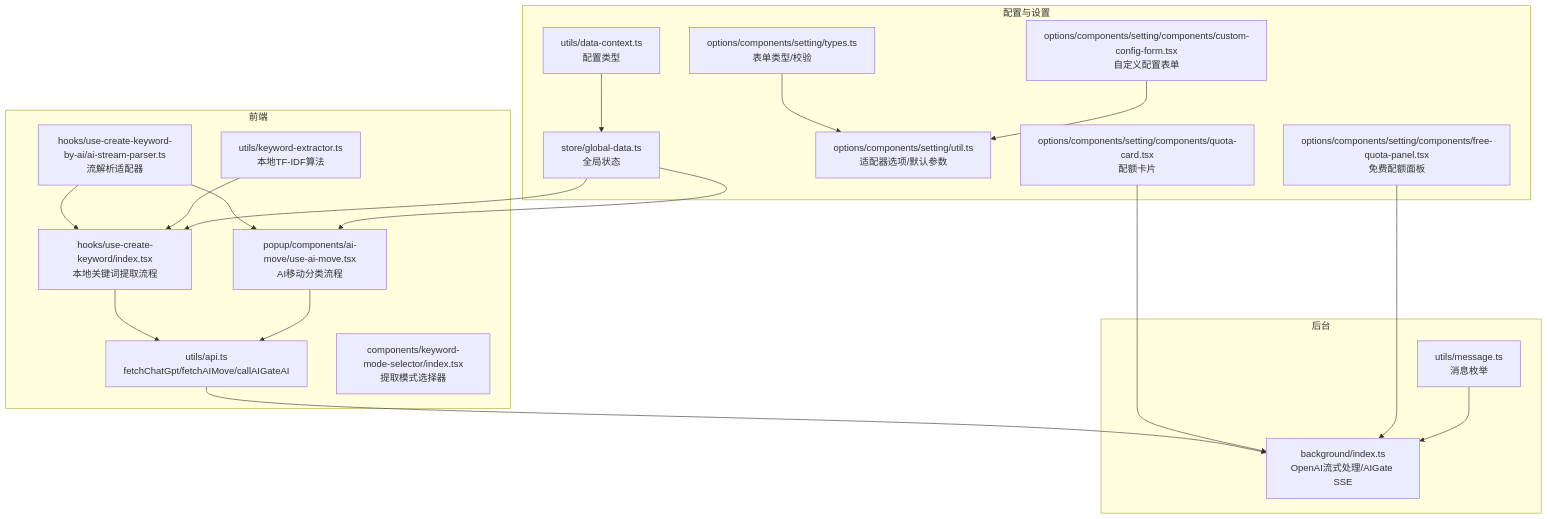
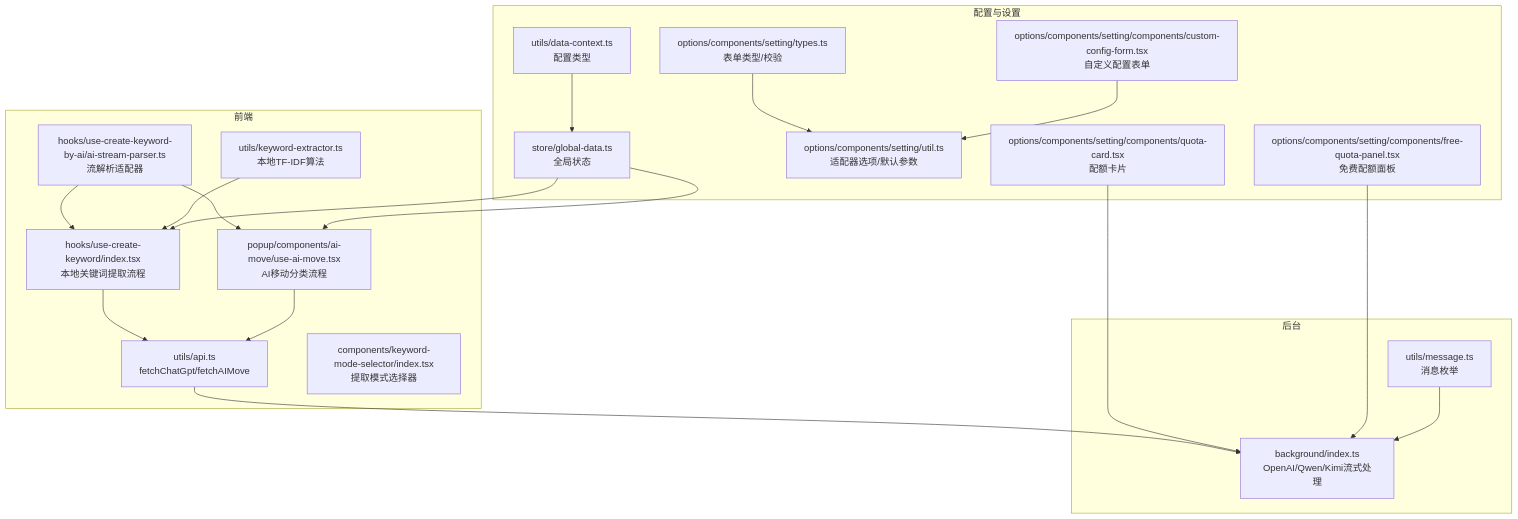
One commit to RadiumAg/bilibili-favorites changed the first of 6 diagrams in .qoder/repowiki/zh/content/API参考文档/AI服务API.md. Above: the diagram before and after it, drawn with Mermaid. The commit also changed other lines of this file and 3 other files, not shown here.

````diff
--- a/.qoder/repowiki/zh/content/API参考文档/AI服务API.md
+++ b/.qoder/repowiki/zh/content/API参考文档/AI服务API.md
@@ -63,38 +62,38 @@
 ```mermaid
 graph TB
 subgraph "前端"
 A["hooks/use-create-keyword/index.tsx<br/>本地关键词提取流程"]
 B["popup/components/ai-move/use-ai-move.tsx<br/>AI移动分类流程"]
-C["utils/api.ts<br/>fetchChatGpt/fetchAIMove/callAIGateAI"]
+C["utils/api.ts<br/>fetchChatGpt/fetchAIMove"]
 D["hooks/use-create-keyword-by-ai/ai-stream-parser.ts<br/>流解析适配器"]
 E["utils/keyword-extractor.ts<br/>本地TF-IDF算法"]
 F["components/keyword-mode-selector/index.tsx<br/>提取模式选择器"]
 end
 subgraph "配置与设置"
 G["store/global-data.ts<br/>全局状态"]
 H["utils/data-context.ts<br/>配置类型"]
 I["options/components/setting/types.ts<br/>表单类型/校验"]
 J["options/components/setting/util.ts<br/>适配器选项/默认参数"]
 K["options/components/setting/components/custom-config-form.tsx<br/>自定义配置表单"]
 L["options/components/setting/components/quota-card.tsx<br/>配额卡片"]
 M["options/components/setting/components/free-quota-panel.tsx<br/>免费配额面板"]
 end
 subgraph "后台"
-N["background/index.ts<br/>OpenAI流式处理/AIGate SSE"]
+N["background/index.ts<br/>OpenAI/Qwen/Kimi流式处理"]
 O["utils/message.ts<br/>消息枚举"]
 end
 A --> C
 B --> C
 C --> N
 D --> A
 D --> B
 E --> A
 G --> A
 G --> B
 H --> G
 I --> J
 K --> J
 L --> N
 M --> N
 O --> N
 ```
````
